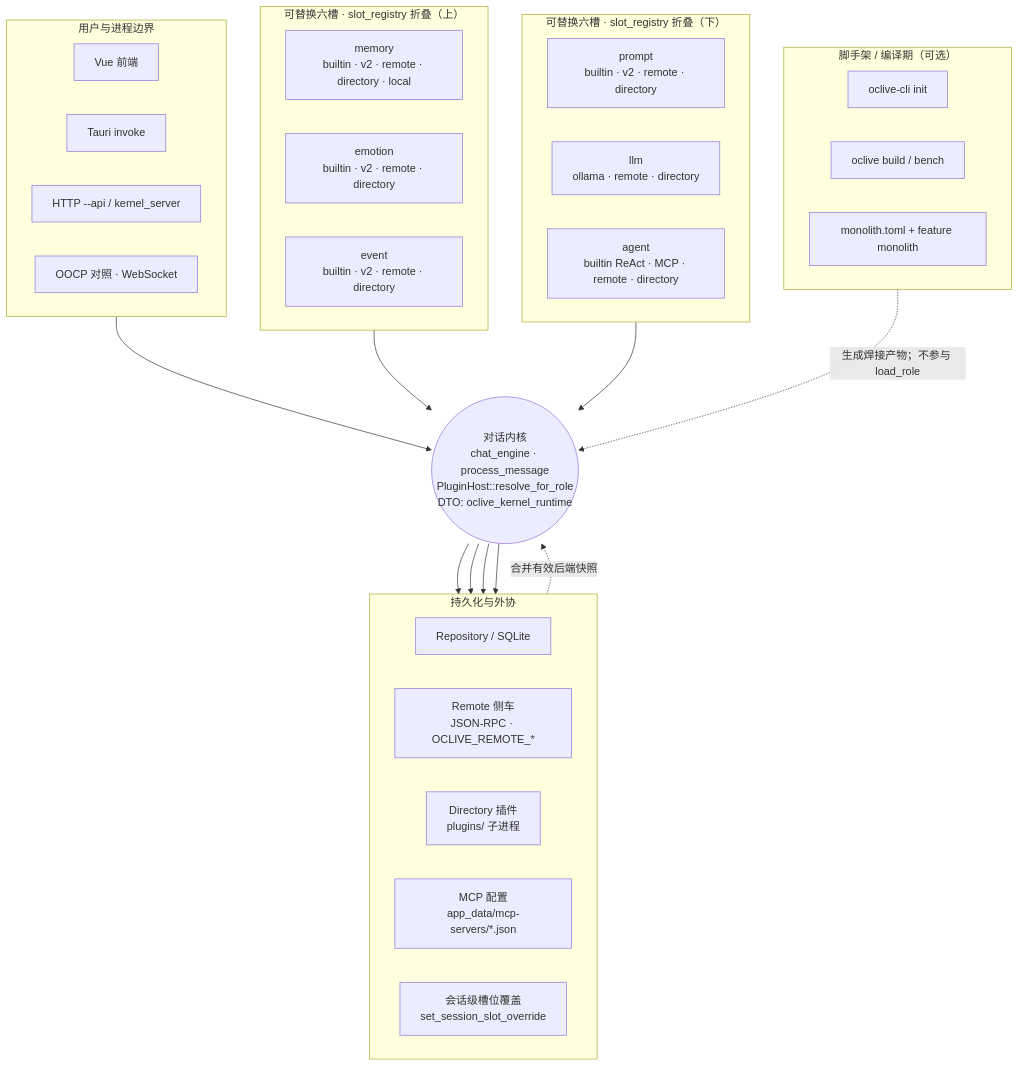
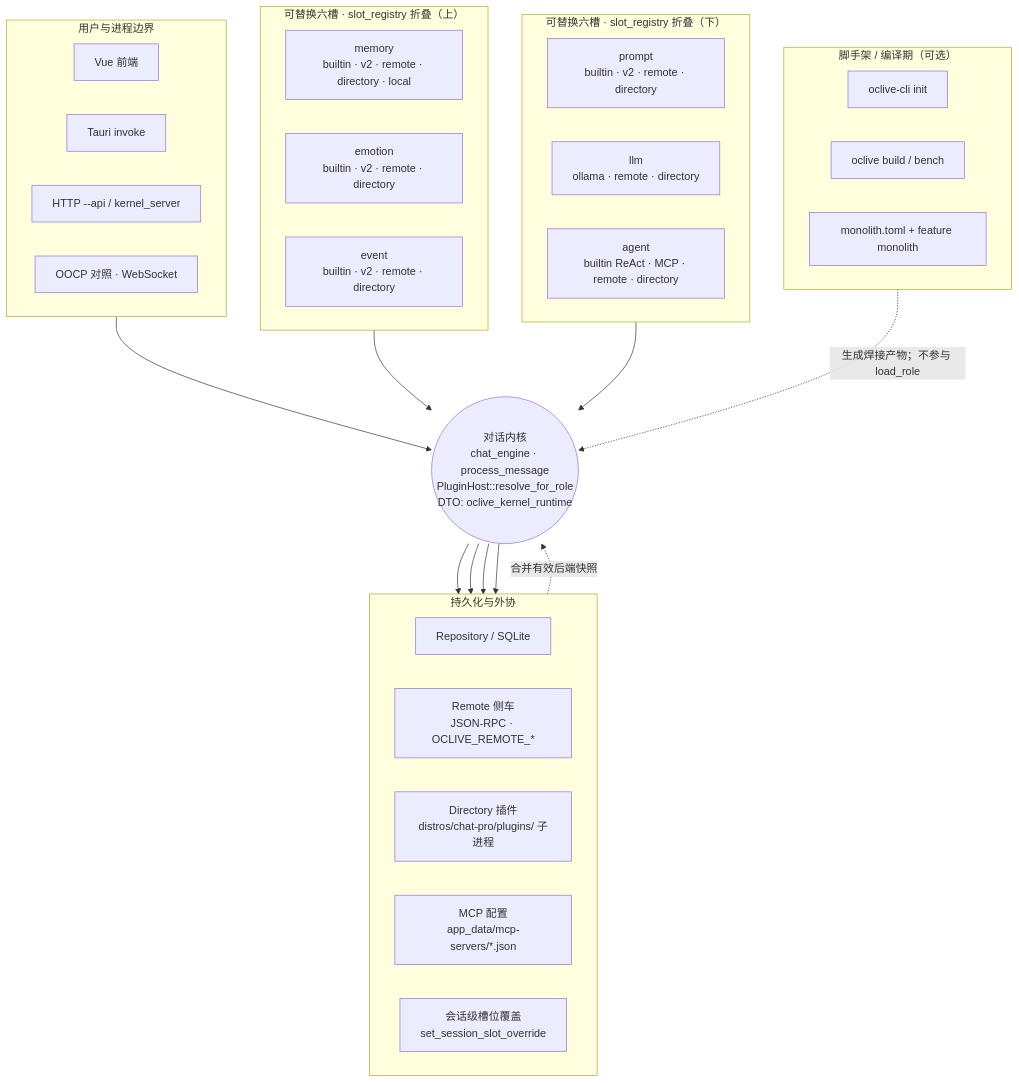
One commit to linkaiheng2233-cyber/oclivenewnew changed the first of 2 diagrams in creator-docs/getting-started/KERNEL_AND_MODULES_ARCHITECTURE.md. Above: the diagram before and after it, drawn with Mermaid. The commit also changed 205 other files, not shown here.

````diff
--- a/creator-docs/getting-started/KERNEL_AND_MODULES_ARCHITECTURE.md
+++ b/creator-docs/getting-started/KERNEL_AND_MODULES_ARCHITECTURE.md
@@ -19,52 +19,52 @@
 ```mermaid
 flowchart TB
   subgraph boundary["用户与进程边界"]
     direction LR
     UI["Vue 前端"]
     TAURI["Tauri invoke"]
     API["HTTP --api / kernel_server"]
     OOCP["OOCP 对照 · WebSocket"]
   end
 
   subgraph six_top["可替换六槽 · slot_registry 折叠（上）"]
     direction LR
     M["memory<br/>builtin · v2 · remote · directory · local"]
     EM["emotion<br/>builtin · v2 · remote · directory"]
     EV["event<br/>builtin · v2 · remote · directory"]
   end
 
   K(("对话内核<br/>chat_engine · process_message<br/>PluginHost::resolve_for_role<br/>DTO: oclive_kernel_runtime"))
 
   subgraph six_bot["可替换六槽 · slot_registry 折叠（下）"]
     direction LR
     PR["prompt<br/>builtin · v2 · remote · directory"]
     LL["llm<br/>ollama · remote · directory"]
     AG["agent<br/>builtin ReAct · MCP · remote · directory"]
   end
 
   subgraph infra["持久化与外协"]
     direction LR
     REPO["Repository / SQLite"]
     RMT["Remote 侧车<br/>JSON-RPC · OCLIVE_REMOTE_*"]
-    DIR["Directory 插件<br/>plugins/ 子进程"]
+    DIR["Directory 插件<br/>distros/chat-pro/plugins/ 子进程"]
     MCP["MCP 配置<br/>app_data/mcp-servers/*.json"]
     SESS["会话级槽位覆盖<br/>set_session_slot_override"]
   end
 
   subgraph toolchain["脚手架 / 编译期（可选）"]
     direction LR
     OCLI["oclive-cli init"]
     BUILD["oclive build / bench"]
     MONO["monolith.toml + feature monolith"]
   end
 
   boundary --> K
   six_top --> K
   six_bot --> K
   K --> REPO
   K --> RMT
   K --> DIR
   K --> MCP
   SESS -.->|合并有效后端快照| K
   toolchain -.->|生成焊接产物；不参与 load_role| K
 ```
````
